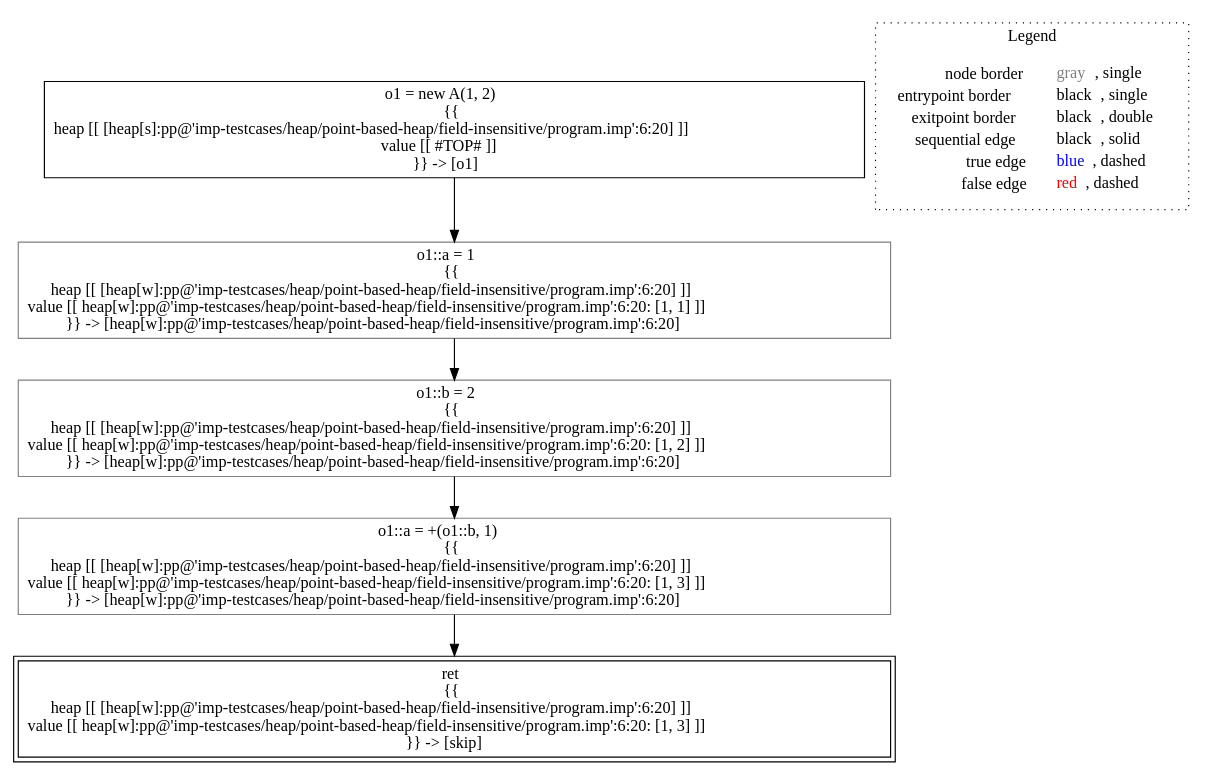
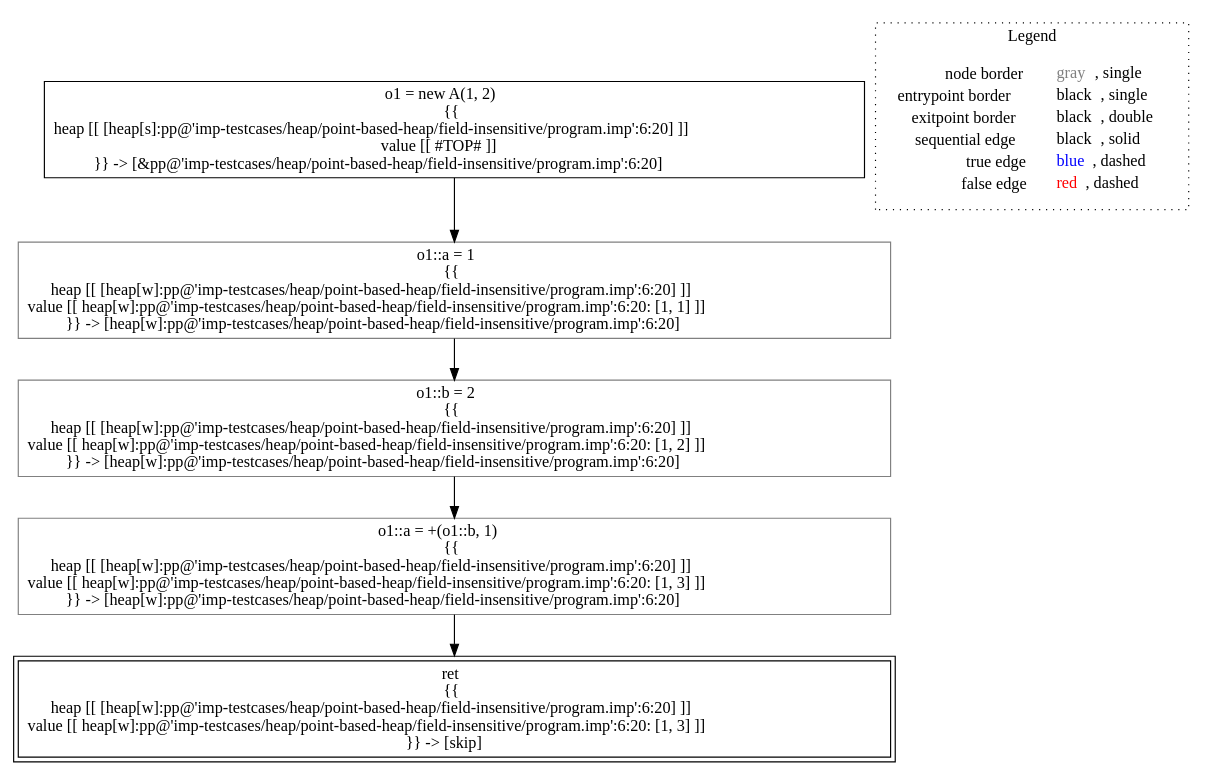
One commit to lisa-analyzer/lisa changed the diagram in lisa/imp-testcases/heap/point-based-heap/field-insensitive/analysis___untyped_A.f1(A_this).dot. Above: the diagram before and after it, drawn with Graphviz. The commit also changed 15 other files, not shown here.

Commit message:
#95 refactoring, simplified point based analysis

```diff
--- a/lisa/imp-testcases/heap/point-based-heap/field-insensitive/analysis___untyped_A.f1(A_this).dot
+++ b/lisa/imp-testcases/heap/point-based-heap/field-insensitive/analysis___untyped_A.f1(A_this).dot
@@ -1,18 +1,18 @@
 digraph {
-	"node0" [shape="rect",color="black",label=<o1 = new A(1, 2)<BR/>{{<BR/>heap [[ [heap[s]:pp@'imp-testcases/heap/point-based-heap/field-insensitive/program.imp':6:20] ]]<BR/>value [[ #TOP# ]]<BR/>}} -&gt; [o1]>];
+	"node0" [shape="rect",color="black",label=<o1 = new A(1, 2)<BR/>{{<BR/>heap [[ [heap[s]:pp@'imp-testcases/heap/point-based-heap/field-insensitive/program.imp':6:20] ]]<BR/>value [[ #TOP# ]]<BR/>}} -&gt; [&amp;pp@'imp-testcases/heap/point-based-heap/field-insensitive/program.imp':6:20]>];
 	"node1" [shape="rect",color="gray",label=<o1::a = 1<BR/>{{<BR/>heap [[ [heap[w]:pp@'imp-testcases/heap/point-based-heap/field-insensitive/program.imp':6:20] ]]<BR/>value [[ heap[w]:pp@'imp-testcases/heap/point-based-heap/field-insensitive/program.imp':6:20: [1, 1] ]]<BR/>}} -&gt; [heap[w]:pp@'imp-testcases/heap/point-based-heap/field-insensitive/program.imp':6:20]>];
 	"node2" [shape="rect",color="gray",label=<o1::b = 2<BR/>{{<BR/>heap [[ [heap[w]:pp@'imp-testcases/heap/point-based-heap/field-insensitive/program.imp':6:20] ]]<BR/>value [[ heap[w]:pp@'imp-testcases/heap/point-based-heap/field-insensitive/program.imp':6:20: [1, 2] ]]<BR/>}} -&gt; [heap[w]:pp@'imp-testcases/heap/point-based-heap/field-insensitive/program.imp':6:20]>];
-	"node3" [shape="rect",color="black",peripheries="2",label=<ret<BR/>{{<BR/>heap [[ [heap[w]:pp@'imp-testcases/heap/point-based-heap/field-insensitive/program.imp':6:20] ]]<BR/>value [[ heap[w]:pp@'imp-testcases/heap/point-based-heap/field-insensitive/program.imp':6:20: [1, 3] ]]<BR/>}} -&gt; [skip]>];
-	"node4" [shape="rect",color="gray",label=<o1::a = +(o1::b, 1)<BR/>{{<BR/>heap [[ [heap[w]:pp@'imp-testcases/heap/point-based-heap/field-insensitive/program.imp':6:20] ]]<BR/>value [[ heap[w]:pp@'imp-testcases/heap/point-based-heap/field-insensitive/program.imp':6:20: [1, 3] ]]<BR/>}} -&gt; [heap[w]:pp@'imp-testcases/heap/point-based-heap/field-insensitive/program.imp':6:20]>];
+	"node3" [shape="rect",color="gray",label=<o1::a = +(o1::b, 1)<BR/>{{<BR/>heap [[ [heap[w]:pp@'imp-testcases/heap/point-based-heap/field-insensitive/program.imp':6:20] ]]<BR/>value [[ heap[w]:pp@'imp-testcases/heap/point-based-heap/field-insensitive/program.imp':6:20: [1, 3] ]]<BR/>}} -&gt; [heap[w]:pp@'imp-testcases/heap/point-based-heap/field-insensitive/program.imp':6:20]>];
+	"node4" [shape="rect",color="black",peripheries="2",label=<ret<BR/>{{<BR/>heap [[ [heap[w]:pp@'imp-testcases/heap/point-based-heap/field-insensitive/program.imp':6:20] ]]<BR/>value [[ heap[w]:pp@'imp-testcases/heap/point-based-heap/field-insensitive/program.imp':6:20: [1, 3] ]]<BR/>}} -&gt; [skip]>];
 	"node1" -> "node2" [color="black"];
-	"node2" -> "node4" [color="black"];
+	"node2" -> "node3" [color="black"];
+	"node3" -> "node4" [color="black"];
 	"node0" -> "node1" [color="black"];
-	"node4" -> "node3" [color="black"];
 subgraph cluster_legend {
 	label="Legend";
 	style=dotted;
 	node [shape=plaintext];
 	"legend" [label=<<table border="0" cellpadding="2" cellspacing="0" cellborder="0"><tr><td align="right">node border&nbsp;</td><td align="left"><font color="gray">gray</font>, single</td></tr><tr><td align="right">entrypoint border&nbsp;</td><td align="left"><font color="black">black</font>, single</td></tr><tr><td align="right">exitpoint border&nbsp;</td><td align="left"><font color="black">black</font>, double</td></tr><tr><td align="right">sequential edge&nbsp;</td><td align="left"><font color="black">black</font>, solid</td></tr><tr><td align="right">true edge&nbsp;</td><td align="left"><font color="blue">blue</font>, dashed</td></tr><tr><td align="right">false edge&nbsp;</td><td align="left"><font color="red">red</font>, dashed</td></tr></table>>];
 }
 
 }
```
